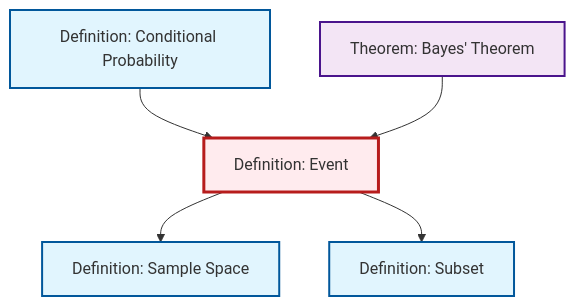
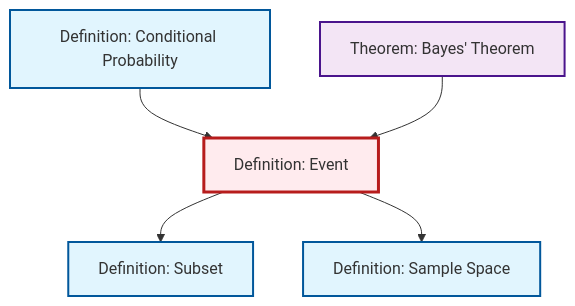
The diagram in content/ja/probability-statistics/def-event.qmd (RK0429/ModernMath), drawn with Mermaid before and after one commit. The commit also changed other lines of this file and 434 other files, not shown here.

````diff
--- a/content/ja/probability-statistics/def-event.qmd
+++ b/content/ja/probability-statistics/def-event.qmd
@@ -70,23 +70,23 @@
 ```{mermaid}
 %%| fig-cap: "Local dependency graph"
 graph TD
     classDef definition fill:#e1f5fe,stroke:#01579b,stroke-width:2px
     classDef theorem fill:#f3e5f5,stroke:#4a148c,stroke-width:2px
     classDef axiom fill:#fff3e0,stroke:#e65100,stroke-width:2px
     classDef example fill:#e8f5e9,stroke:#1b5e20,stroke-width:2px
     classDef current fill:#ffebee,stroke:#b71c1c,stroke-width:3px
-    def-sample-space["Definition: Sample Space"]:::definition
     thm-bayes["Theorem: Bayes' Theorem"]:::theorem
     def-event["Definition: Event"]:::definition
+    def-sample-space["Definition: Sample Space"]:::definition
+    def-conditional-probability["Definition: Conditional Probability"]:::definition
     def-subset["Definition: Subset"]:::definition
-    def-conditional-probability["Definition: Conditional Probability"]:::definition
+    def-event --> def-subset
     def-event --> def-sample-space
     def-conditional-probability --> def-event
-    def-event --> def-subset
     thm-bayes --> def-event
     class def-event current
+    click thm-bayes "thm-bayes.html" "Theorem: Bayes' Theoremへ"
     click def-sample-space "def-sample-space.html" "Definition: Sample Spaceへ"
-    click thm-bayes "thm-bayes.html" "Theorem: Bayes' Theoremへ"
+    click def-conditional-probability "def-conditional-probability.html" "Definition: Conditional Probabilityへ"
     click def-subset "def-subset.html" "Definition: Subsetへ"
-    click def-conditional-probability "def-conditional-probability.html" "Definition: Conditional Probabilityへ"
 ```
````
